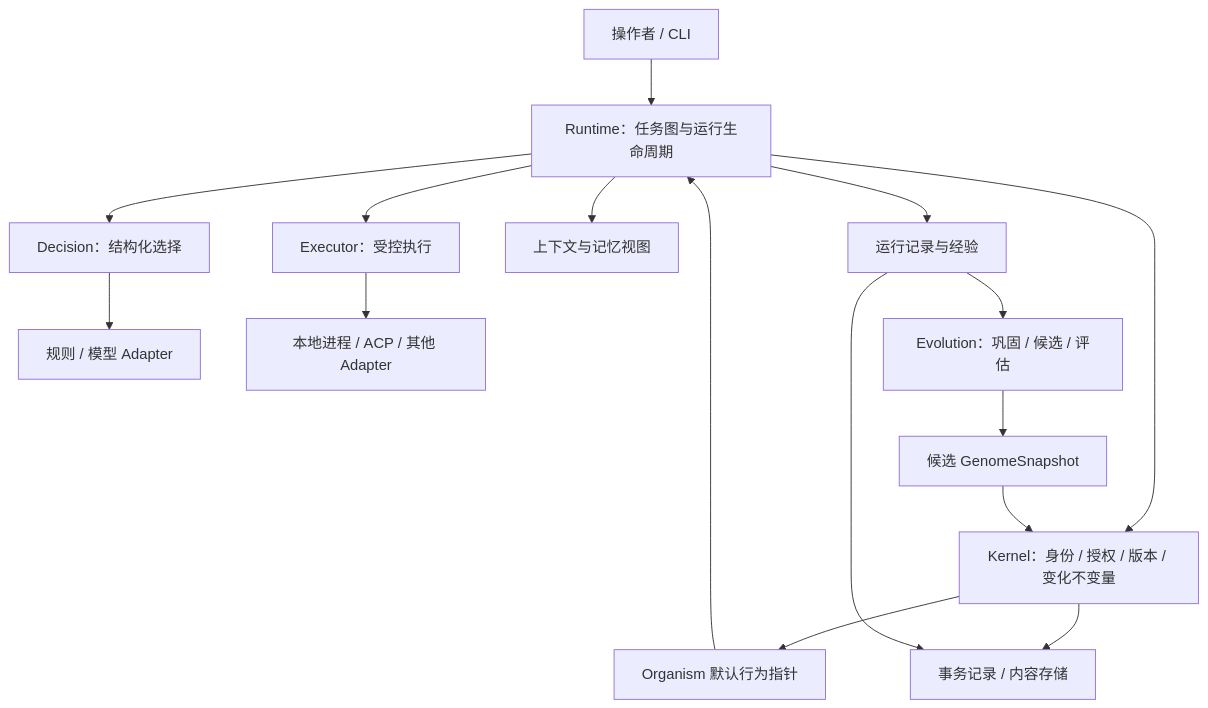
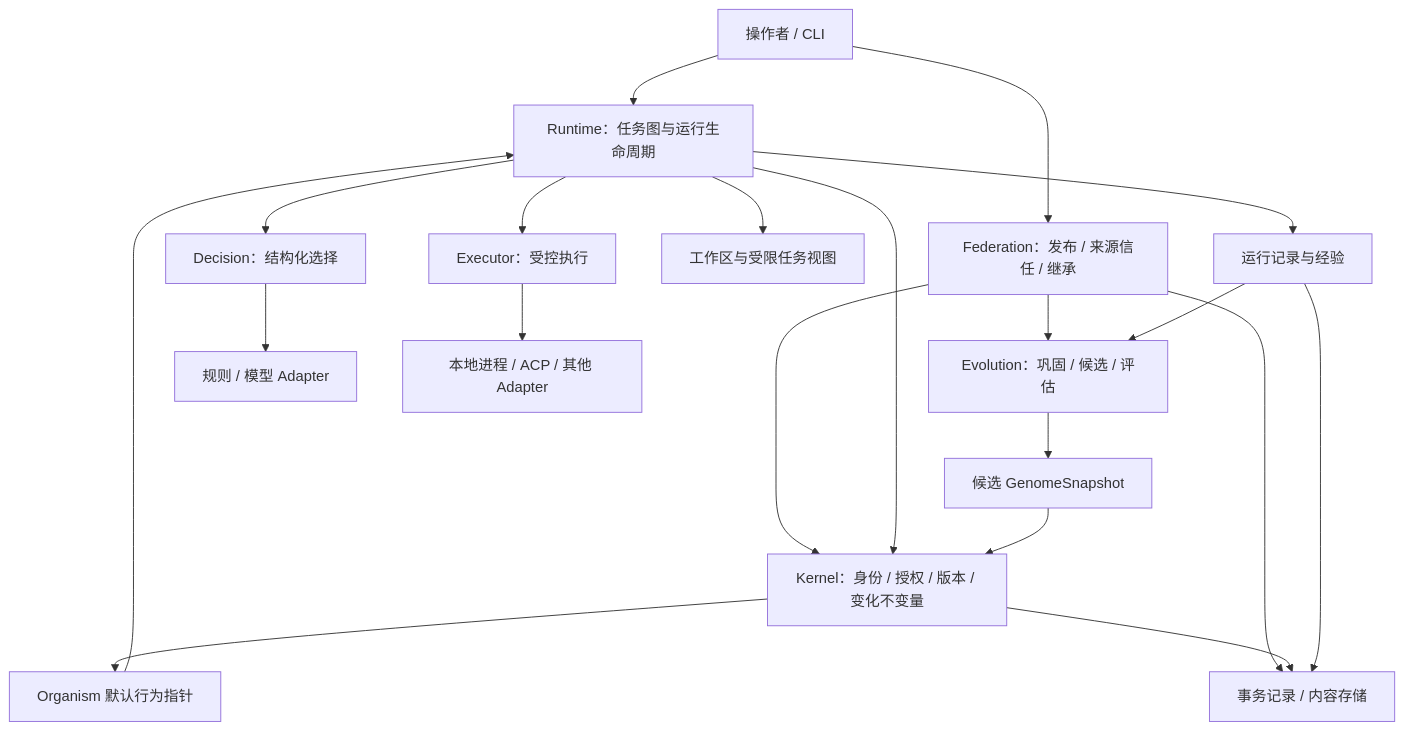
One commit to yourtion/ProteusOS changed the diagram in docs/architecture.md. Above: the diagram before and after it, drawn with Mermaid. The commit also changed other lines of this file and 19 other files, not shown here.

````diff
--- a/docs/architecture.md
+++ b/docs/architecture.md
@@ -9,18 +9,22 @@
 ```mermaid
 flowchart TB
   User[操作者 / CLI] --> Runtime[Runtime：任务图与运行生命周期]
+  User --> Federation[Federation：发布 / 来源信任 / 继承]
+  Federation --> Evolution
+  Federation --> Kernel
+  Federation --> Storage
   Runtime --> Decision[Decision：结构化选择]
   Runtime --> Executor[Executor：受控执行]
-  Runtime --> Workspace[上下文与记忆视图]
+  Runtime --> Workspace[工作区与受限任务视图]
   Runtime --> Kernel[Kernel：身份 / 授权 / 版本 / 变化不变量]
   Decision --> Rules[规则 / 模型 Adapter]
   Executor --> Workers[本地进程 / ACP / 其他 Adapter]
   Runtime --> Ledger[运行记录与经验]
   Ledger --> Evolution[Evolution：巩固 / 候选 / 评估]
   Evolution --> Candidate[候选 GenomeSnapshot]
   Candidate --> Kernel
   Kernel --> Active[Organism 默认行为指针]
   Active --> Runtime
   Kernel --> Storage[事务记录 / 内容存储]
   Ledger --> Storage
 ```
````
